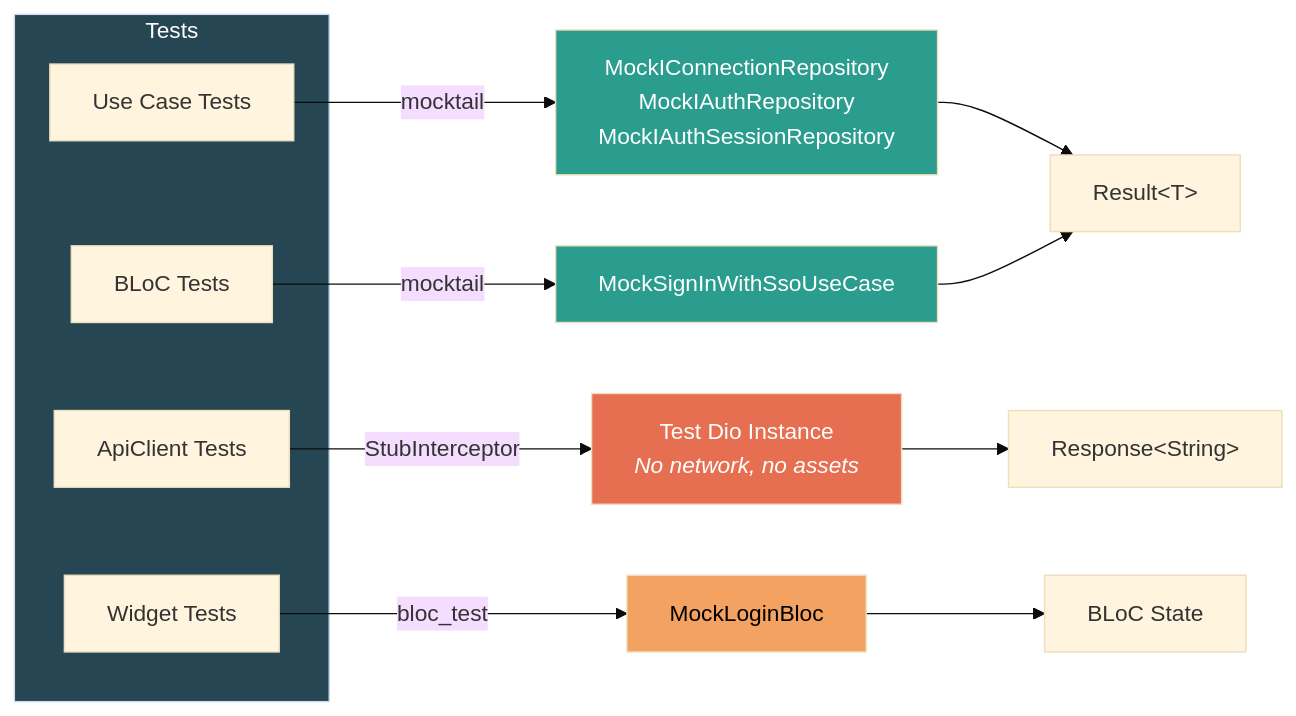
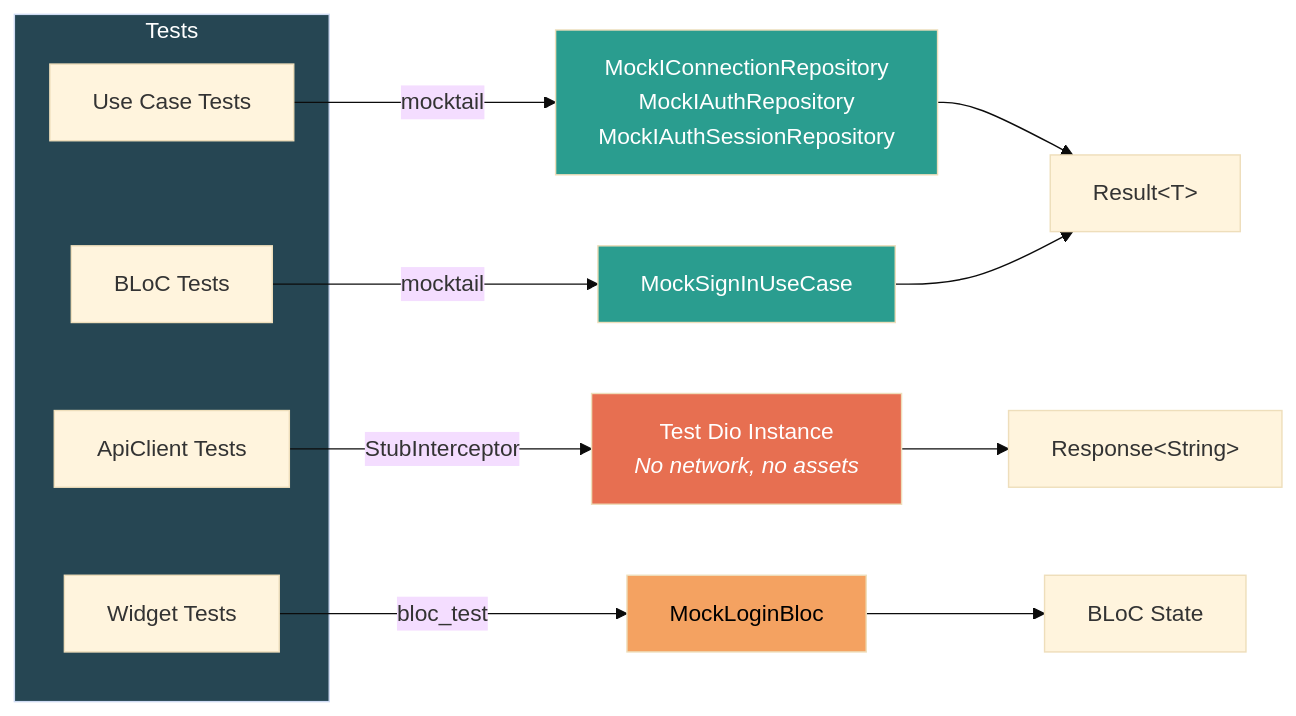
Before and after one commit to libredb/libredb-mobile: the second of 2 diagrams in docs/mock-architecture.md, drawn with Mermaid (base theme). The commit also changed other lines of this file and 3 other files, not shown here.

````diff
--- a/docs/mock-architecture.md
+++ b/docs/mock-architecture.md
@@ -87,25 +87,25 @@
 ```mermaid
 flowchart LR
     subgraph Tests
         UC_TEST["Use Case Tests"]
         BLOC_TEST["BLoC Tests"]
         API_TEST["ApiClient Tests"]
         WIDGET_TEST["Widget Tests"]
     end
 
     UC_TEST -- "mocktail" --> MOCK_REPO["MockIConnectionRepository<br/>MockIAuthRepository<br/>MockIAuthSessionRepository"]
-    BLOC_TEST -- "mocktail" --> MOCK_REPO_C["MockSignInWithSsoUseCase"]
+    BLOC_TEST -- "mocktail" --> MOCK_REPO_C["MockSignInUseCase"]
     API_TEST -- "StubInterceptor" --> STUB_DIO["Test Dio Instance<br/><i>No network, no assets</i>"]
     WIDGET_TEST -- "bloc_test" --> MOCK_BLOC["MockLoginBloc"]
 
     MOCK_REPO --> RESULT_T["Result&lt;T&gt;"]
     MOCK_REPO_C --> RESULT_T
     STUB_DIO --> RESPONSE_T["Response&lt;String&gt;"]
     MOCK_BLOC --> STATE_T["BLoC State"]
 
     style Tests fill:#264653,color:#fff
     style MOCK_REPO fill:#2a9d8f,color:#fff
     style MOCK_REPO_C fill:#2a9d8f,color:#fff
     style STUB_DIO fill:#e76f51,color:#fff
     style MOCK_BLOC fill:#f4a261,color:#000
 ```
````
